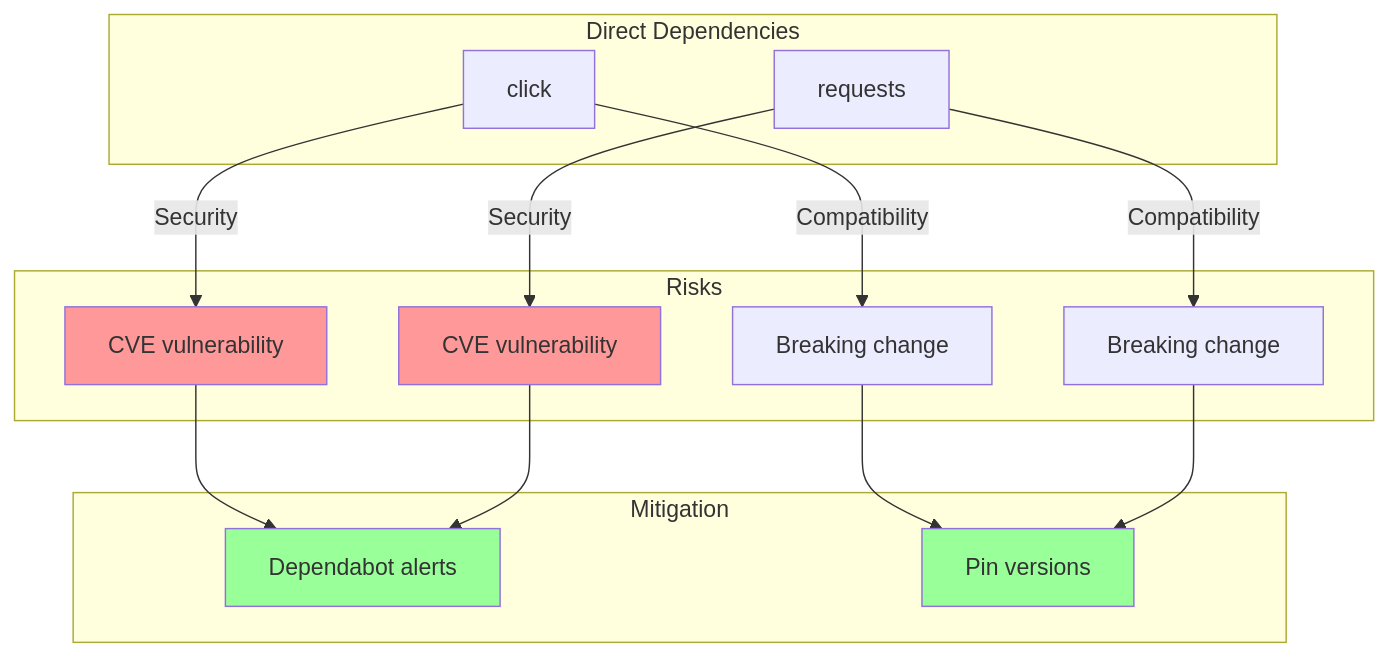
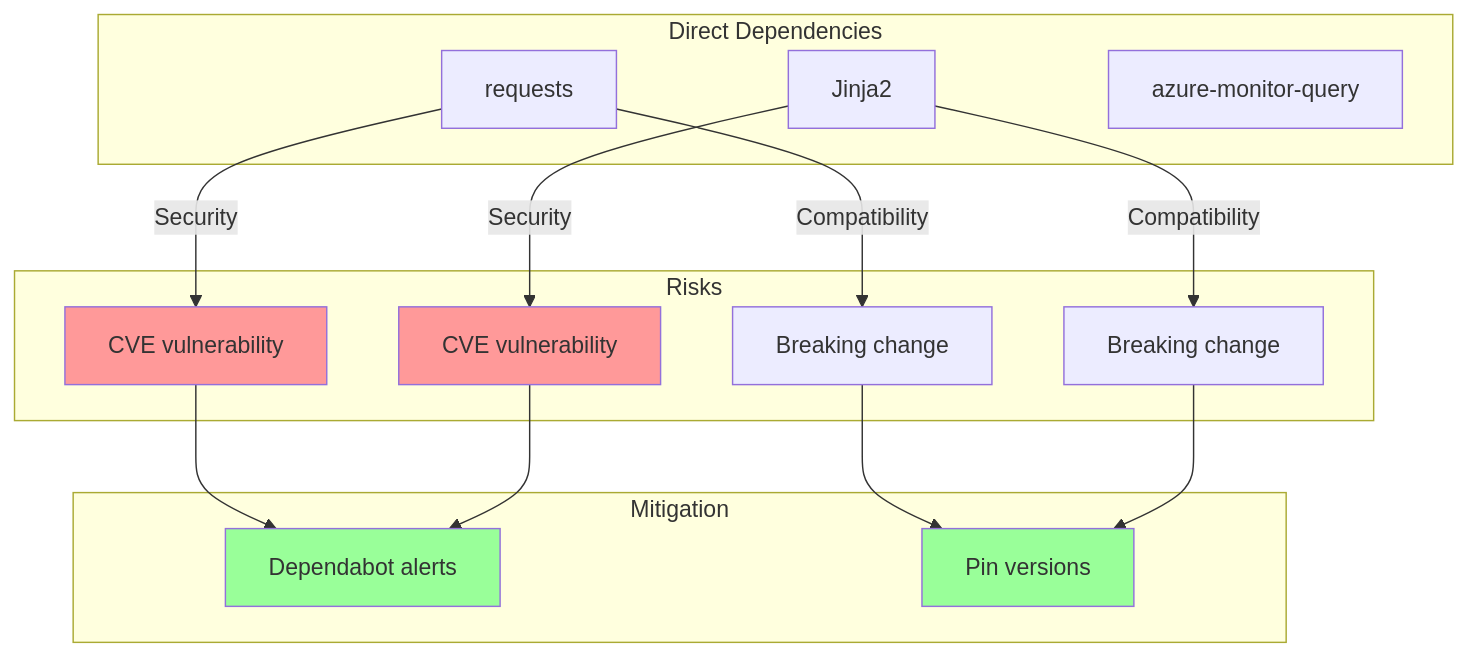
The second of 4 diagrams in docs/11-risks-and-technical-debt.md (ayaiayorg/agentic-devtools), drawn with Mermaid before and after one commit. The commit also changed other lines of this file and 8 other files, not shown here.

````diff
--- a/docs/11-risks-and-technical-debt.md
+++ b/docs/11-risks-and-technical-debt.md
@@ -339,26 +339,27 @@
 ```mermaid
 graph TB
     subgraph "Direct Dependencies"
-        Click[click]
         Requests[requests]
+        Jinja2[Jinja2]
+        AzureMonitor[azure-monitor-query]
     end
     
     subgraph "Risks"
-        Click -->|Security| CVE1[CVE vulnerability]
-        Click -->|Compatibility| Break1[Breaking change]
-        Requests -->|Security| CVE2[CVE vulnerability]
-        Requests -->|Compatibility| Break2[Breaking change]
+        Requests -->|Security| CVE1[CVE vulnerability]
+        Requests -->|Compatibility| Break1[Breaking change]
+        Jinja2 -->|Security| CVE2[CVE vulnerability]
+        Jinja2 -->|Compatibility| Break2[Breaking change]
     end
     
     subgraph "Mitigation"
         CVE1 --> Monitor[Dependabot alerts]
         CVE2 --> Monitor
         Break1 --> Pin[Pin versions]
         Break2 --> Pin
     end
     
     style CVE1 fill:#f99
     style CVE2 fill:#f99
     style Monitor fill:#9f9
     style Pin fill:#9f9
 ```
````
